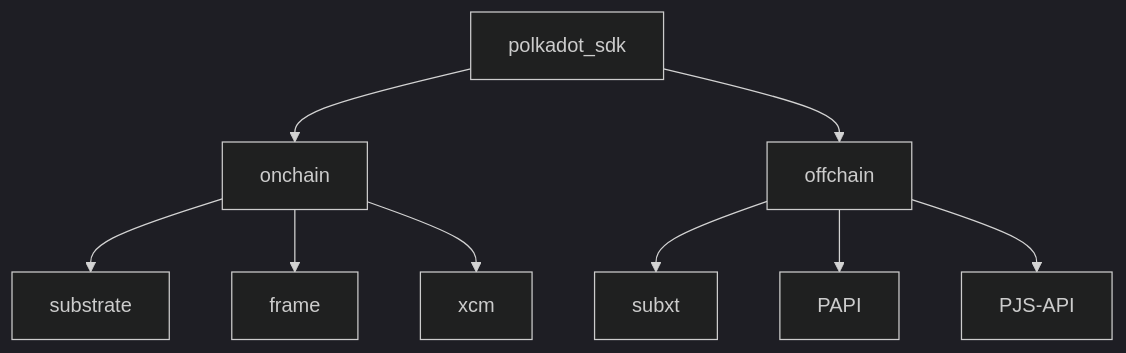
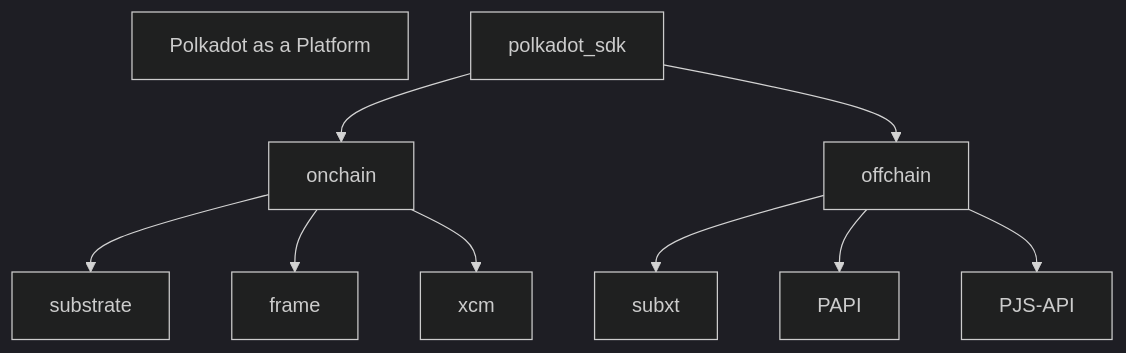
The diagram in src/site/notes/Posts/Tech/On Documenting polkadot-sdk.md (kianenigma/kianenigma.github.io), drawn with Mermaid (dark theme) before and after one commit. The commit also changed other lines of this file, not shown here.

````diff
--- a/src/site/notes/Posts/Tech/On Documenting polkadot-sdk.md
+++ b/src/site/notes/Posts/Tech/On Documenting polkadot-sdk.md
@@ -14,11 +14,12 @@
 ```mermaid
 flowchart
+	polkadot[Polkadot as a Platform]
 	polkadot_sdk --> onchain
 	polkadot_sdk --> offchain 
 	onchain --> substrate
 	onchain --> frame
 	onchain --> xcm
 	offchain --> subxt
 	offchain --> PAPI
 	offchain --> PJS-API
 ```
````
